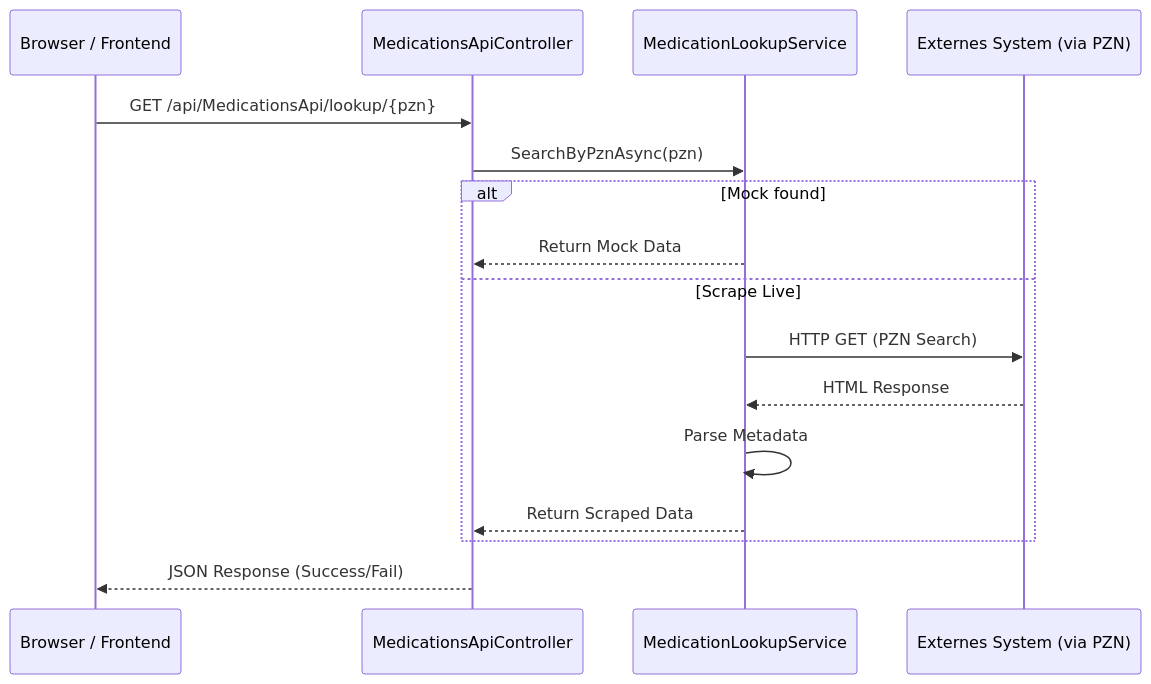
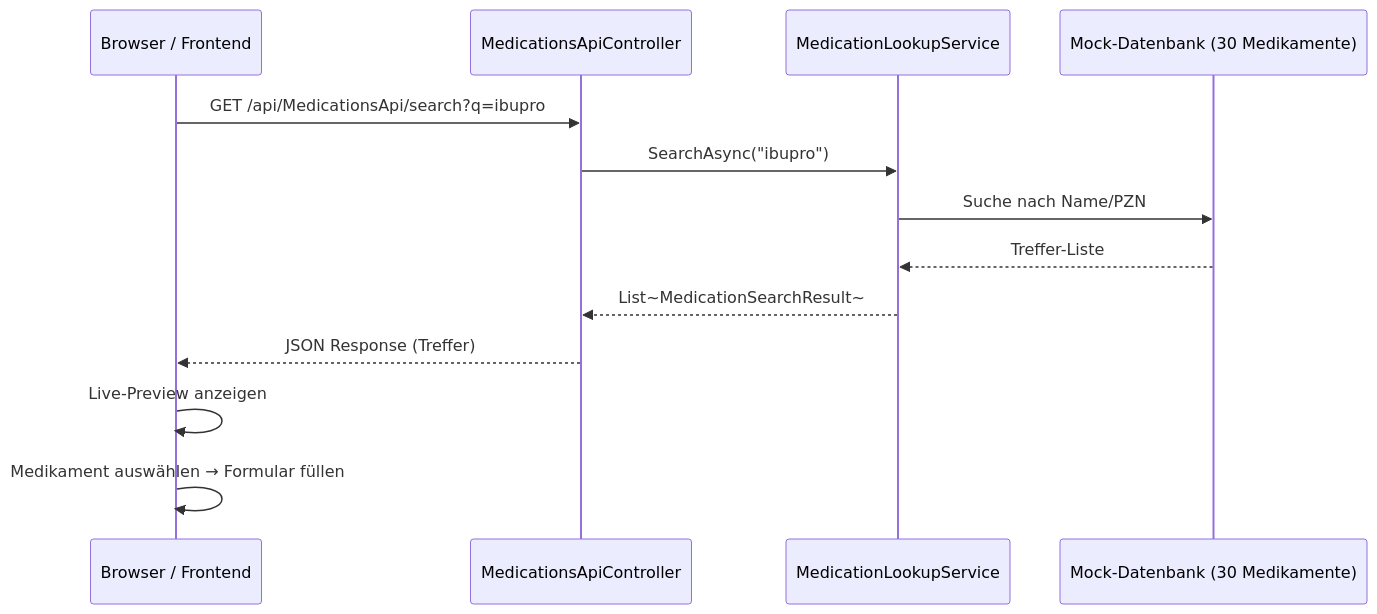
One commit to T-Boyke/C-Sharp-ASP-Fundamentals changed the third of 6 diagrams in 07_Patienten/docs/07_Patienten_UML_Architecture.md. Above: the diagram before and after it, drawn with Mermaid. The commit also changed other lines of this file and 1 other file, not shown here.

Commit message:
docs: Update README and UML architecture for 3NF normalization

````diff
--- a/07_Patienten/docs/07_Patienten_UML_Architecture.md
+++ b/07_Patienten/docs/07_Patienten_UML_Architecture.md
@@ -95,19 +119,16 @@
 ```mermaid
 sequenceDiagram
     participant User as Browser / Frontend
     participant Api as MedicationsApiController
     participant Service as MedicationLookupService
-    participant Extern as Externes System (via PZN)
+    participant DB as Mock-Datenbank (30 Medikamente)
 
-    User->>Api: GET /api/MedicationsApi/lookup/{pzn}
-    Api->>Service: SearchByPznAsync(pzn)
-    alt Mock found
-        Service-->>Api: Return Mock Data
-    else Scrape Live
-        Service->>Extern: HTTP GET (PZN Search)
-        Extern-->>Service: HTML Response
-        Service->>Service: Parse Metadata
-        Service-->>Api: Return Scraped Data
-    end
-    Api-->>User: JSON Response (Success/Fail)
+    User->>Api: GET /api/MedicationsApi/search?q=ibupro
+    Api->>Service: SearchAsync("ibupro")
+    Service->>DB: Suche nach Name/PZN
+    DB-->>Service: Treffer-Liste
+    Service-->>Api: List~MedicationSearchResult~
+    Api-->>User: JSON Response (Treffer)
+    User->>User: Live-Preview anzeigen
+    User->>User: Medikament auswählen → Formular füllen
 ```
````
